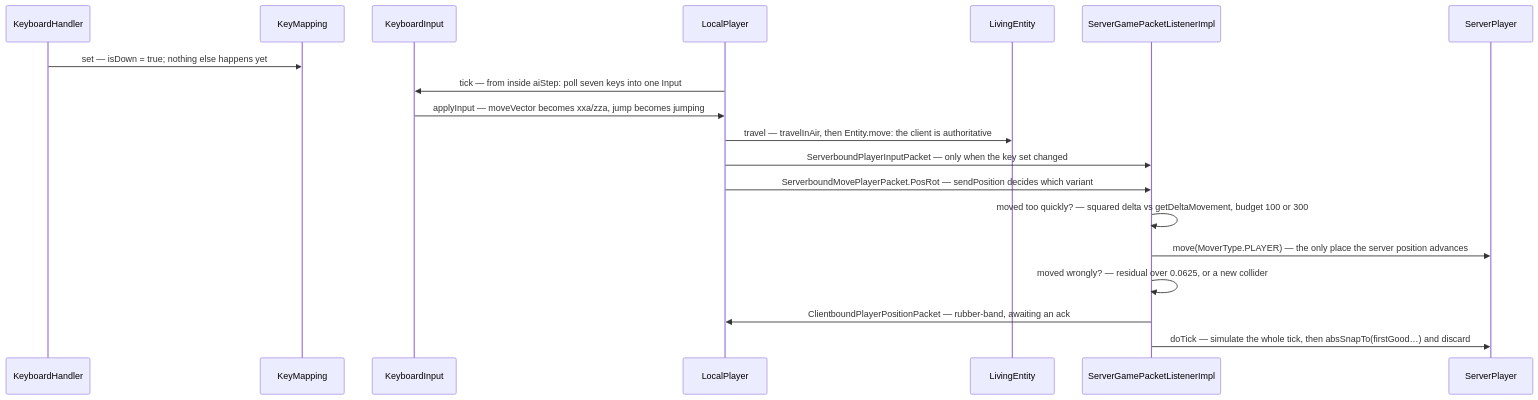
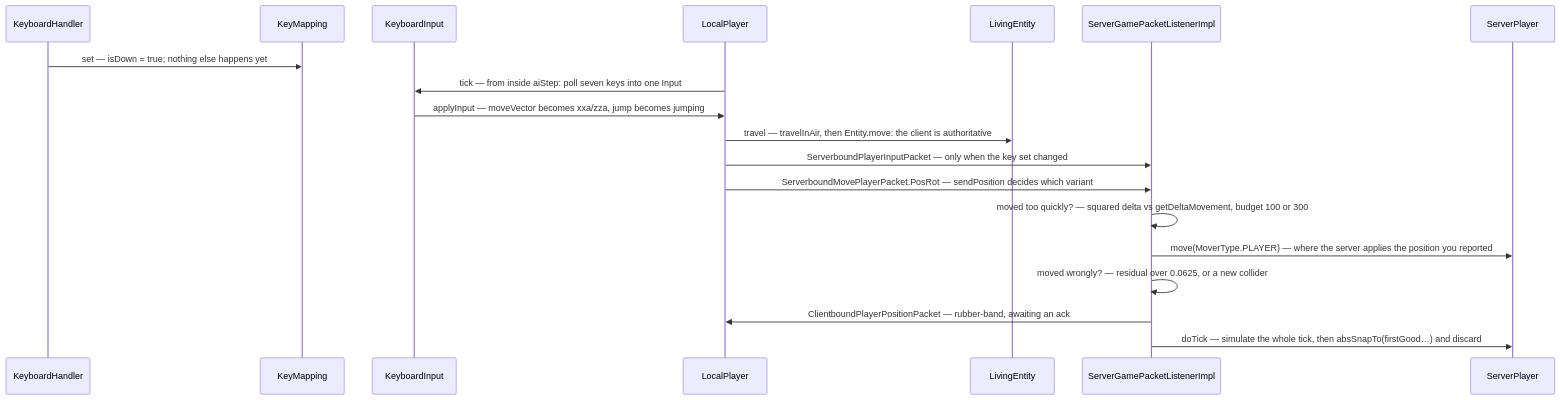
Before and after one commit to AlexanderjFraser/MinecraftDocs: the diagram in src/systems/player/input-to-movement.md, drawn with Mermaid. The commit also changed other lines of this file and 11 other files, not shown here.

````diff
--- a/src/systems/player/input-to-movement.md
+++ b/src/systems/player/input-to-movement.md
@@ -155,22 +157,22 @@
 ```mermaid
 sequenceDiagram
     participant KH as KeyboardHandler
     participant KM as KeyMapping
     participant KI as KeyboardInput
     participant LP as LocalPlayer
     participant LE as LivingEntity
     participant SGPL as ServerGamePacketListenerImpl
     participant SP as ServerPlayer
 
     KH->>KM: set — isDown = true#59; nothing else happens yet
     LP->>KI: tick — from inside aiStep: poll seven keys into one Input
     KI->>LP: applyInput — moveVector becomes xxa/zza, jump becomes jumping
     LP->>LE: travel — travelInAir, then Entity.move: the client is authoritative
     LP->>SGPL: ServerboundPlayerInputPacket — only when the key set changed
     LP->>SGPL: ServerboundMovePlayerPacket.PosRot — sendPosition decides which variant
     SGPL->>SGPL: moved too quickly? — squared delta vs getDeltaMovement, budget 100 or 300
-    SGPL->>SP: move(MoverType.PLAYER) — the only place the server position advances
+    SGPL->>SP: move(MoverType.PLAYER) — where the server applies the position you reported
     SGPL->>SGPL: moved wrongly? — residual over 0.0625, or a new collider
     SGPL->>LP: ClientboundPlayerPositionPacket — rubber-band, awaiting an ack
     SGPL->>SP: doTick — simulate the whole tick, then absSnapTo(firstGood…) and discard
 ```
````
